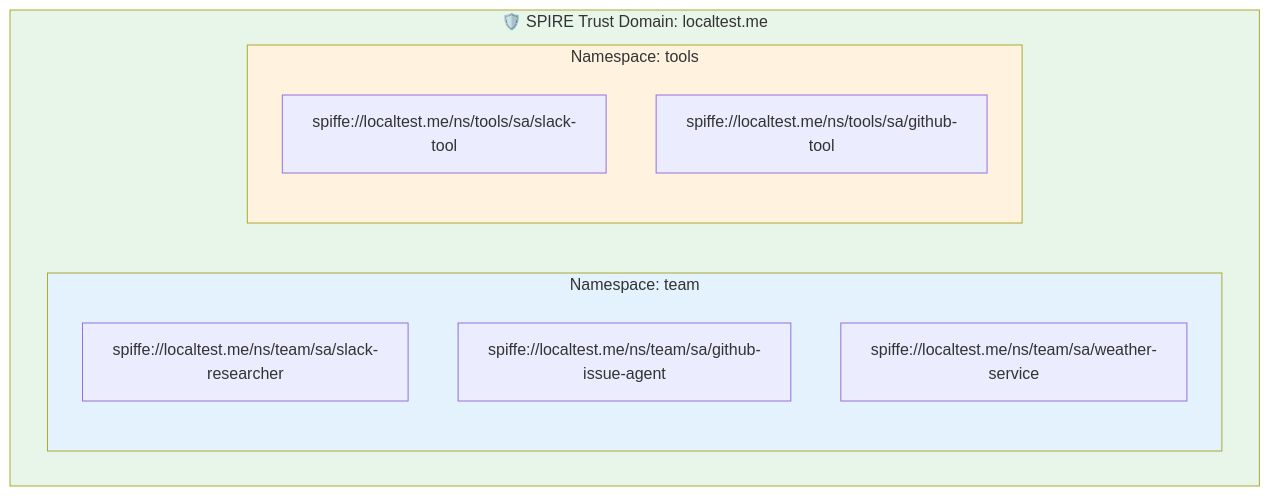
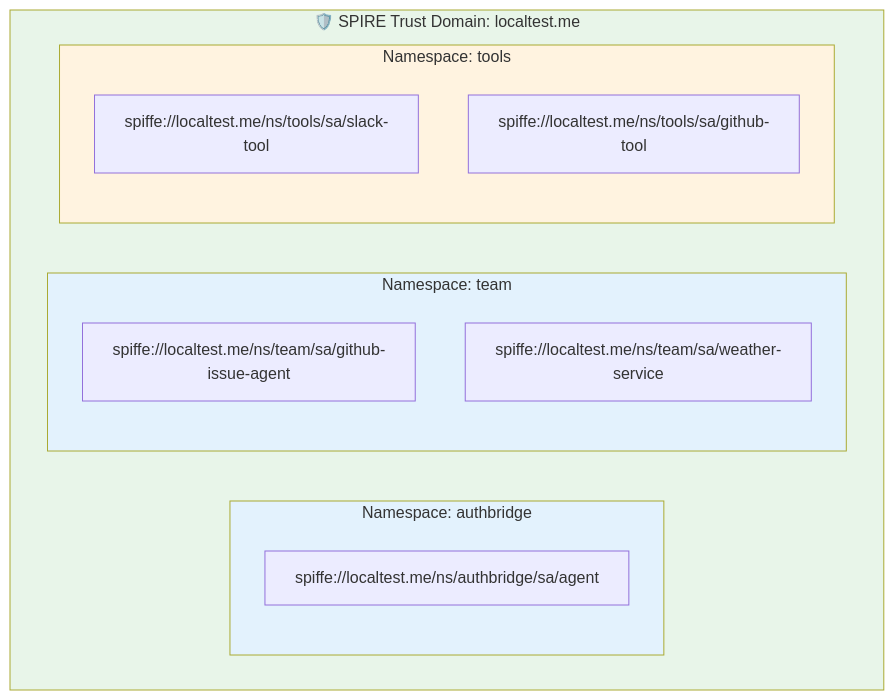
Before and after one commit to mrsabath/kagenti-extensions: the seventh of 10 diagrams in AuthBridge/BLOG-agentic.md, drawn with Mermaid. The commit also changed other lines of this file, not shown here.

````diff
--- a/AuthBridge/BLOG-agentic.md
+++ b/AuthBridge/BLOG-agentic.md
@@ -423,18 +439,21 @@
 ```mermaid
 flowchart TB
     subgraph SPIRE["🛡️ SPIRE Trust Domain: localtest.me"]
+        subgraph AuthBridge["Namespace: authbridge"]
+            Agent1["spiffe://localtest.me/ns/authbridge/sa/agent"]
+        end
         subgraph Team["Namespace: team"]
-            Agent1["spiffe://localtest.me/ns/team/sa/slack-researcher"]
             Agent2["spiffe://localtest.me/ns/team/sa/github-issue-agent"]
             Agent3["spiffe://localtest.me/ns/team/sa/weather-service"]
         end
         subgraph Tools["Namespace: tools"]
             Tool1["spiffe://localtest.me/ns/tools/sa/slack-tool"]
             Tool2["spiffe://localtest.me/ns/tools/sa/github-tool"]
         end
     end
     
     style SPIRE fill:#e8f5e9
+    style AuthBridge fill:#e3f2fd
     style Team fill:#e3f2fd
     style Tools fill:#fff3e0
 ```
````
